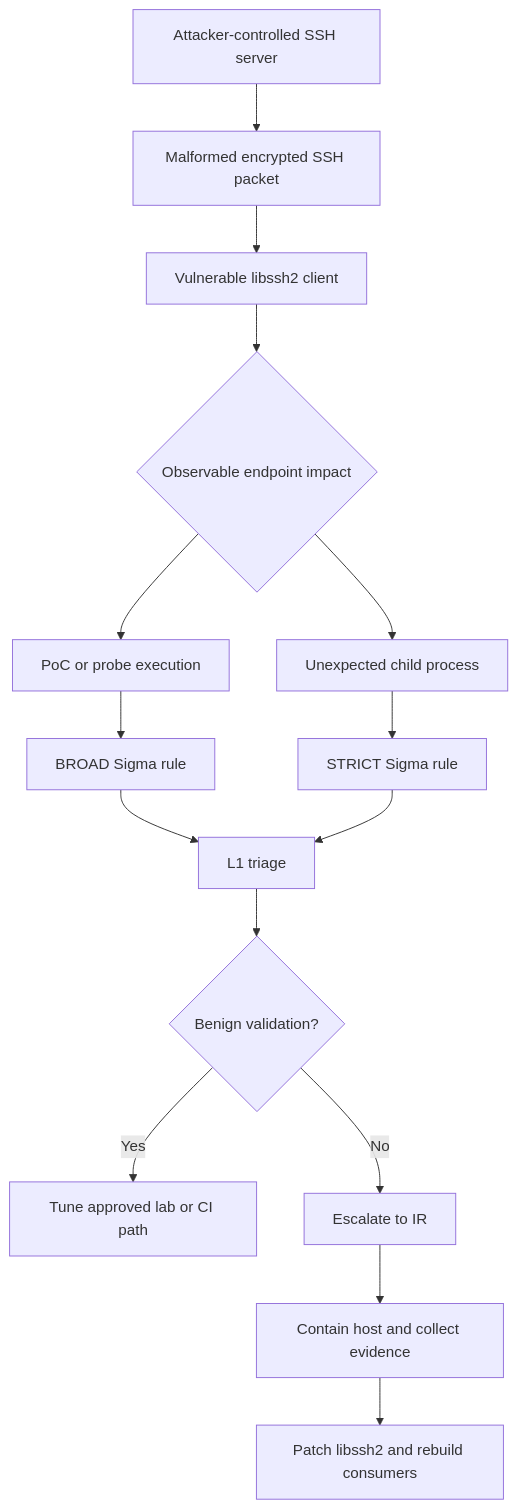
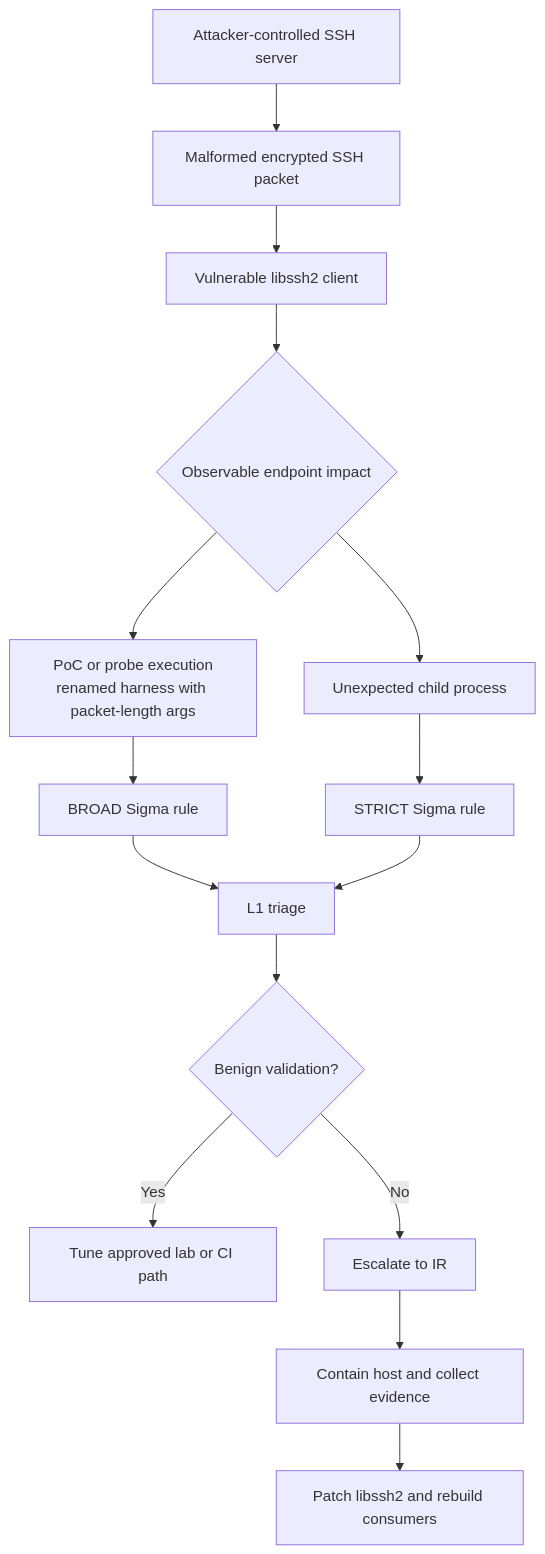
One commit to Hatchepsoute/sigma-rules changed the diagram in CVE-2026-55200_libssh2_OOB_Write/diagrams/DIAGRAM_CVE-2026-55200_ATTACK_DETECTION_RESPONSE_EN.mmd. Above: the diagram before and after it, drawn with Mermaid. The commit also changed 305 other files, not shown here.

```diff
--- a/CVE-2026-55200_libssh2_OOB_Write/diagrams/DIAGRAM_CVE-2026-55200_ATTACK_DETECTION_RESPONSE_EN.mmd
+++ b/CVE-2026-55200_libssh2_OOB_Write/diagrams/DIAGRAM_CVE-2026-55200_ATTACK_DETECTION_RESPONSE_EN.mmd
@@ -1,15 +1,15 @@
 flowchart TD
     A[Attacker-controlled SSH server] --> B[Malformed encrypted SSH packet]
     B --> C[Vulnerable libssh2 client]
     C --> D{Observable endpoint impact}
-    D --> E[PoC or probe execution]
+    D --> E[PoC or probe execution\nrenamed harness with packet-length args]
     D --> F[Unexpected child process]
     E --> G[BROAD Sigma rule]
     F --> H[STRICT Sigma rule]
     G --> I[L1 triage]
     H --> I
     I --> J{Benign validation?}
     J -->|Yes| K[Tune approved lab or CI path]
     J -->|No| L[Escalate to IR]
     L --> M[Contain host and collect evidence]
     M --> N[Patch libssh2 and rebuild consumers]
```
